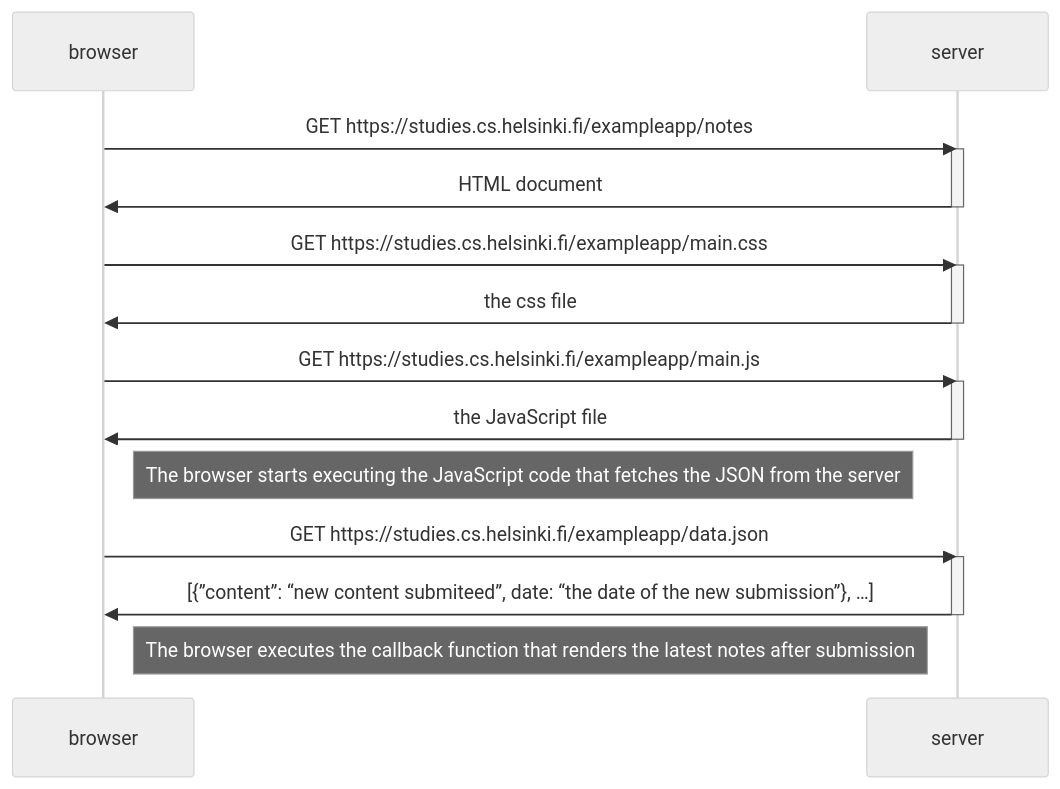
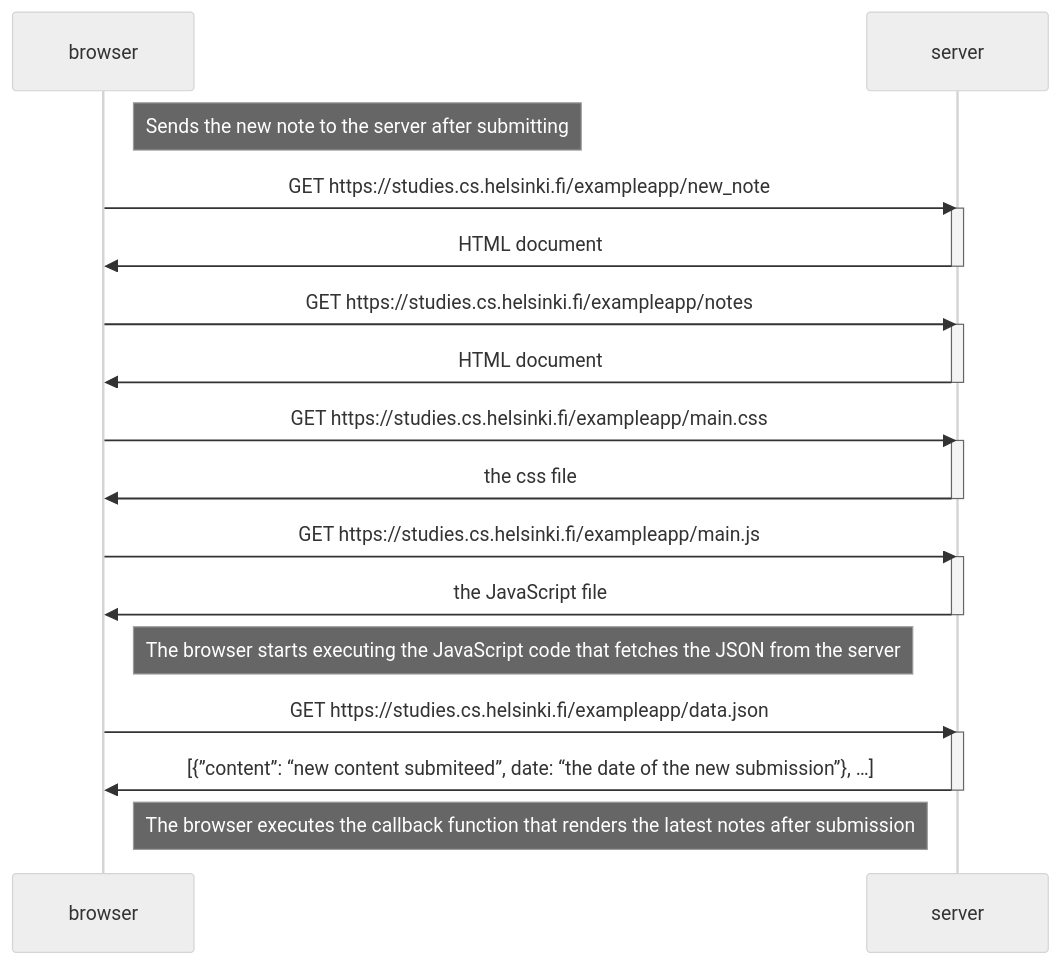
The diagram in exercise0_4.md (pazmiller/helsinki_fullstack_module_part0), drawn with Mermaid (neutral theme) before and after one commit.

````diff
--- a/exercise0_4.md
+++ b/exercise0_4.md
@@ -1,43 +1,37 @@
 ```mermaid
 sequenceDiagram;
 
 participant browser
-
 participant server
 
+Note right of browser: Sends the new note to the server after submitting
+browser->>server: GET https://studies.cs.helsinki.fi/exampleapp/new_note
+activate server
+server->>browser: HTML document
+deactivate server
+
+
 browser->>server: GET https://studies.cs.helsinki.fi/exampleapp/notes
-
 activate server
-
 server->>browser: HTML document
-
 deactivate server
 
 browser->>server: GET https://studies.cs.helsinki.fi/exampleapp/main.css
-
 activate server
-
 server->>browser: the css file
-
 deactivate server
 
 browser->>server: GET https://studies.cs.helsinki.fi/exampleapp/main.js
-
 activate server
-
 server->>browser: the JavaScript file
-
 deactivate server
 
 Note right of browser: The browser starts executing the JavaScript code that fetches the JSON from the server
 
 browser->>server: GET https://studies.cs.helsinki.fi/exampleapp/data.json
-
 activate server
-
 server->>browser:[{”content”: “new content submiteed”, date: “the date of the new submission”}, …]
-
 deactivate server
 
 Note right of browser: The browser executes the callback function that renders the latest notes after submission
 ```
````
